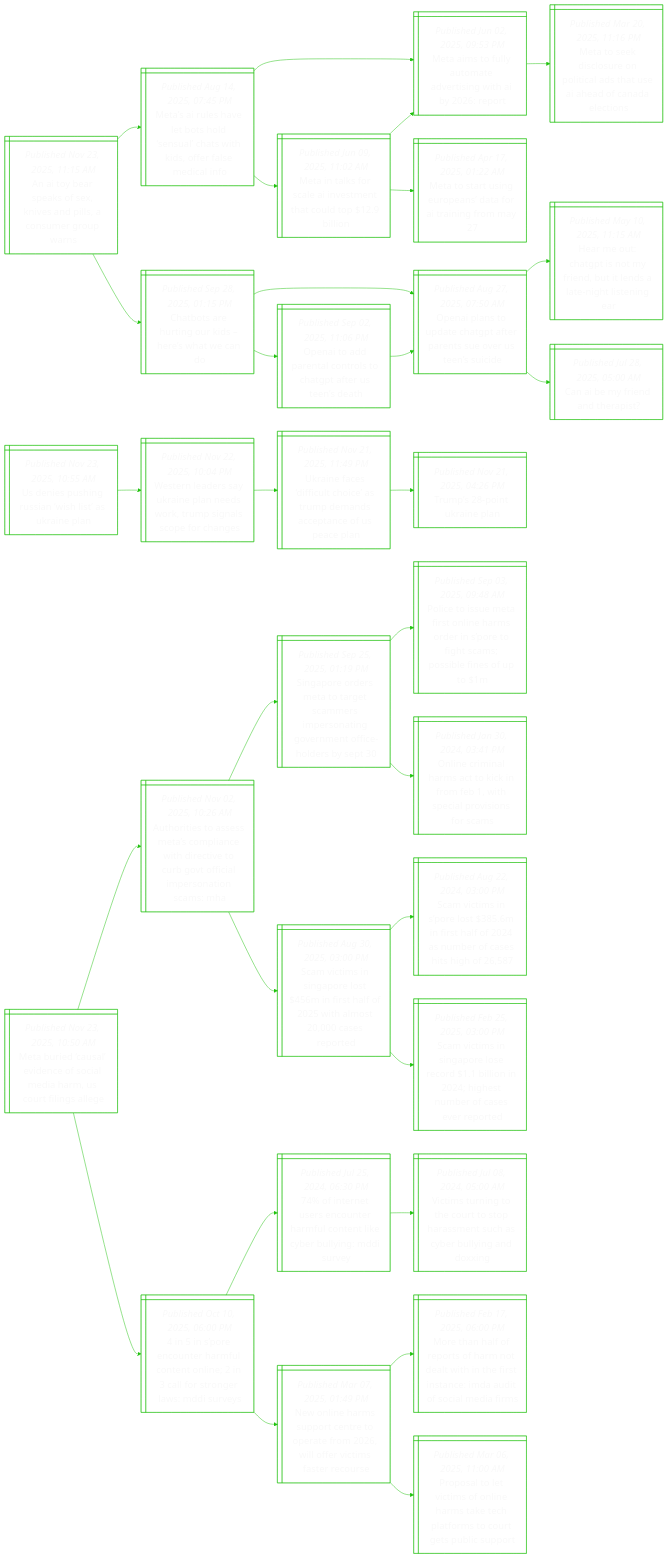
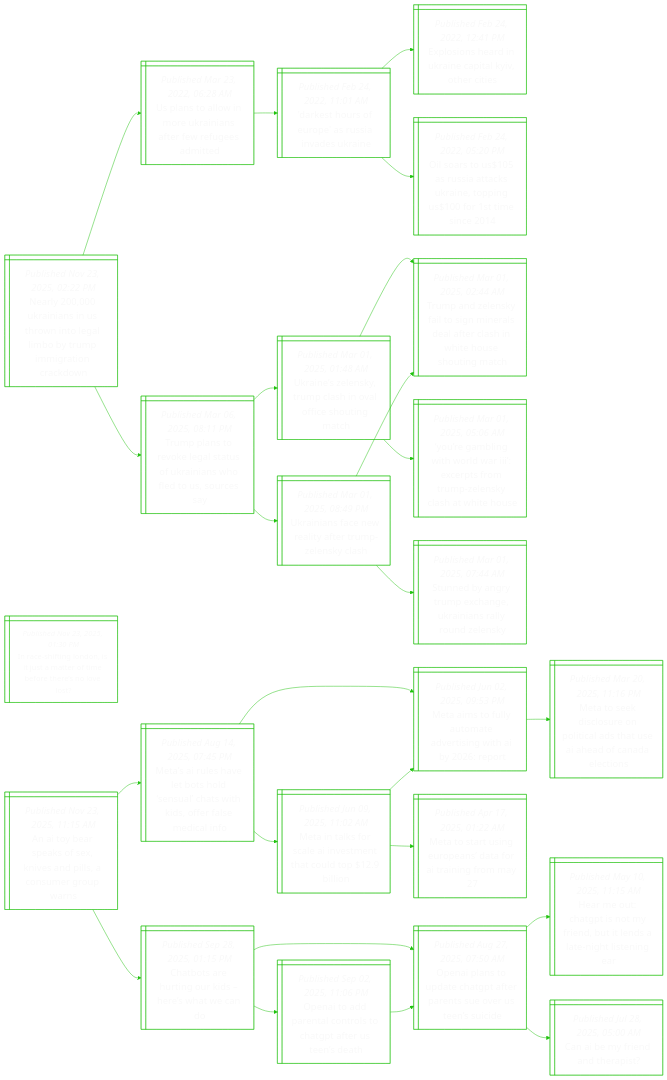
One commit to notJmes/notJmes changed the diagram in README.md. Above: the diagram before and after it, drawn with Mermaid. The commit also changed other lines of this file, not shown here.

````diff
--- a/README.md
+++ b/README.md
@@ -15,6 +15,47 @@
 %%{init: {'theme':'base', 'themeVariables': {'primaryColor': "transparent", 'primaryTextColor': "#F9F9F9", 'lineColor': "#20C20E", 'primaryBorderColor':'#20C20E'}}}%%
 flowchart LR
 classDef txtsize font-size:20px;
+
+Nyistnllbmiiaw@{ shape: win-pane, label: "_Published Nov 23, 2025, 02:22 PM_
+Nearly 200,000 ukrainians in us thrown into legal limbo by trump immigration crackdown" }
+UnlnUnaffst@{ shape: win-pane, label: "_Published Mar 23, 2022, 06:28 AM_
+Us plans to allow in more ukrainians after few refugees admitted" }
+DsruasvUn@{ shape: win-pane, label: "_Published Feb 24, 2022, 11:01 AM_
+'darkest hours of europe' as russia invades ukraine" }
+Eshiaalocs@{ shape: win-pane, label: "_Published Feb 24, 2022, 12:41 PM_
+Explosions heard in ukraine capital kyiv, other cities" }
+OaUuakaogrmc@{ shape: win-pane, label: "_Published Feb 24, 2022, 05:20 PM_
+Oil soars to us$105 as russia attacks ukraine, topping us$100 for 1st time since 2014" }
+TptogafislUra@{ shape: win-pane, label: "_Published Mar 06, 2025, 08:11 PM_
+Trump plans to revoke legal status of ukrainians who fled to us, sources say" }
+Unlyphaiogh@{ shape: win-pane, label: "_Published Mar 01, 2025, 01:48 AM_
+Ukraine’s zelensky, trump clash in oval office shouting match" }
+TalytnretaWHsit@{ shape: win-pane, label: "_Published Mar 01, 2025, 02:44 AM_
+Trump and zelensky fail to sign minerals deal after clash in white house shouting match" }
+YgitlIcsTZsaWH@{ shape: win-pane, label: "_Published Mar 01, 2025, 05:06 AM_
+‘you’re gambling with world war iii’: excerpts from trump-zelensky clash at white house" }
+Unfelfreks@{ shape: win-pane, label: "_Published Mar 01, 2025, 08:49 PM_
+Ukrainians face new reality after trump-zelensky clash" }
+TalytnretaWHsit@{ shape: win-pane, label: "_Published Mar 01, 2025, 02:44 AM_
+Trump and zelensky fail to sign minerals deal after clash in white house shouting match" }
+Senrxganlne@{ shape: win-pane, label: "_Published Mar 01, 2025, 07:44 AM_
+Stunned by angry trump exchange, ukrainians rally round zelensky" }
+
+Nyistnllbmiiaw:::txtsize --> UnlnUnaffst:::txtsize
+UnlnUnaffst:::txtsize --> DsruasvUn:::txtsize
+DsruasvUn:::txtsize --> Eshiaalocs:::txtsize
+DsruasvUn:::txtsize --> OaUuakaogrmc:::txtsize
+Nyistnllbmiiaw:::txtsize --> TptogafislUra:::txtsize
+TptogafislUra:::txtsize --> Unlyphaiogh:::txtsize
+Unlyphaiogh:::txtsize --> TalytnretaWHsit:::txtsize
+Unlyphaiogh:::txtsize --> YgitlIcsTZsaWH:::txtsize
+TptogafislUra:::txtsize --> Unfelfreks:::txtsize
+Unfelfreks:::txtsize --> TalytnretaWHsit:::txtsize
+Unfelfreks:::txtsize --> Senrxganlne:::txtsize
+
+Ietoiuaoerrlo@{ shape: win-pane, label: "_Published Nov 23, 2025, 01:30 PM_
+In race-shifting london, is it just a matter of time before there’s no love lost?" }
+
 
 Aorkevdssgw@{ shape: win-pane, label: "_Published Nov 23, 2025, 11:15 AM_
 An ai toy bear speaks of sex, knives and pills, a consumer group warns" }
@@ -56,60 +97,4 @@
 Coeirhweo:::txtsize --> OIdnolhTrea:::txtsize
 OIdnolhTrea:::txtsize --> OIsdhTrneUnc:::txtsize
 
-UisRahaal@{ shape: win-pane, label: "_Published Nov 23, 2025, 10:55 AM_
-Us denies pushing russian ‘wish list’ as ukraine plan" }
-Wrdaalermncon@{ shape: win-pane, label: "_Published Nov 22, 2025, 10:04 PM_
-Western leaders say ukraine plan needs work, trump signals scope for changes" }
-Uneftcrespepp@{ shape: win-pane, label: "_Published Nov 21, 2025, 11:49 PM_
-Ukraine faces ‘difficult choice’ as trump demands acceptance of us peace plan" }
-Tstia@{ shape: win-pane, label: "_Published Nov 21, 2025, 04:26 PM_
-Trump’s 28-point ukraine plan" }
-
-UisRahaal:::txtsize --> Wrdaalermncon:::txtsize
-Wrdaalermncon:::txtsize --> Uneftcrespepp:::txtsize
-Uneftcrespepp:::txtsize --> Tstia:::txtsize
-
-Muclefaimulae@{ shape: win-pane, label: "_Published Nov 23, 2025, 10:50 AM_
-Meta buried ‘causal’ evidence of social media harm, us court filings allege" }
-ArsseoairvuviisiaA@{ shape: win-pane, label: "_Published Nov 02, 2025, 10:26 AM_
-Authorities to assess meta’s compliance with directive to curb govt official impersonation scams: mha" }
-SprMoemisivefosp@{ shape: win-pane, label: "_Published Sep 25, 2025, 01:19 PM_
-Singapore orders meta to target scammers impersonating government office-holders by sept 30" }
-PestsirdSthmsfoo@{ shape: win-pane, label: "_Published Sep 03, 2025, 09:48 AM_
-Police to issue meta first online harms order in s’pore to fight scams; possible fines of up to $1m" }
-Oeiacifehioors@{ shape: win-pane, label: "_Published Jan 30, 2024, 03:41 PM_
-Online criminal harms act to kick in from feb 1, with special provisions for scams" }
-Sisnrtiawlcrt@{ shape: win-pane, label: "_Published Aug 30, 2025, 03:00 PM_
-Scam victims in singapore lost $456m in first half of 2025 with almost 20,000 cases reported" }
-Sisosfhfmfshf@{ shape: win-pane, label: "_Published Aug 22, 2024, 03:00 PM_
-Scam victims in s’pore lost $385.6m in first half of 2024 as number of cases hits high of 26,587" }
-Sisnrerlnemfsrt@{ shape: win-pane, label: "_Published Feb 25, 2025, 03:00 PM_
-Scam victims in singapore lose record $1.1 billion in 2024; highest number of cases ever reported" }
-ipntrcnicoolDr@{ shape: win-pane, label: "_Published Oct 10, 2025, 06:00 PM_
-4 in 5 in s’pore encounter harmful content online; 2 in 3 call for stronger laws: mddi surveys" }
-oeuenalekelMu@{ shape: win-pane, label: "_Published Jul 25, 2024, 06:30 PM_
-74% of internet users encounter harmful content like cyber bullying: mddi survey" }
-Vmnooohsssrynx@{ shape: win-pane, label: "_Published Jul 08, 2024, 05:00 AM_
-Victims turning to the court to stop harassment such as cyber bullying and doxxing" }
-Nlautrpewfiseo@{ shape: win-pane, label: "_Published Mar 07, 2025, 01:49 PM_
-New online harms support centre to operate from 2026, will offer victims faster recourse" }
-MhlesrdwnincAtcei@{ shape: win-pane, label: "_Published Feb 17, 2025, 06:00 PM_
-More than half of reports of harm not dealt with in the first instance: imda audit of social media firms" }
-Pslcoirkhftrsip@{ shape: win-pane, label: "_Published Mar 06, 2025, 11:00 AM_
-Proposal to let victims of online harms take tech platforms to court gets public support" }
-
-Muclefaimulae:::txtsize --> ArsseoairvuviisiaA:::txtsize
-ArsseoairvuviisiaA:::txtsize --> SprMoemisivefosp:::txtsize
-SprMoemisivefosp:::txtsize --> PestsirdSthmsfoo:::txtsize
-SprMoemisivefosp:::txtsize --> Oeiacifehioors:::txtsize
-ArsseoairvuviisiaA:::txtsize --> Sisnrtiawlcrt:::txtsize
-Sisnrtiawlcrt:::txtsize --> Sisosfhfmfshf:::txtsize
-Sisnrtiawlcrt:::txtsize --> Sisnrerlnemfsrt:::txtsize
-Muclefaimulae:::txtsize --> ipntrcnicoolDr:::txtsize
-ipntrcnicoolDr:::txtsize --> oeuenalekelMu:::txtsize
-oeuenalekelMu:::txtsize --> Vmnooohsssrynx:::txtsize
-ipntrcnicoolDr:::txtsize --> Nlautrpewfiseo:::txtsize
-Nlautrpewfiseo:::txtsize --> MhlesrdwnincAtcei:::txtsize
-Nlautrpewfiseo:::txtsize --> Pslcoirkhftrsip:::txtsize
-
 ```
````
